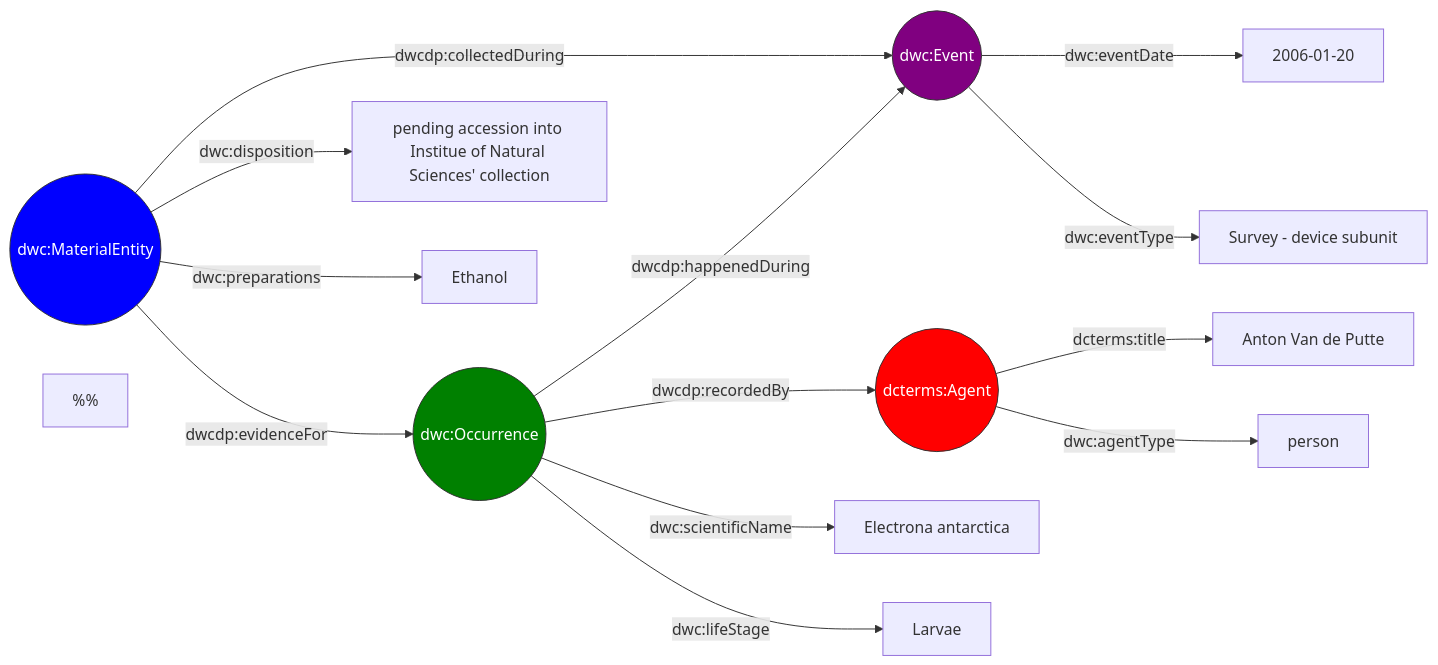
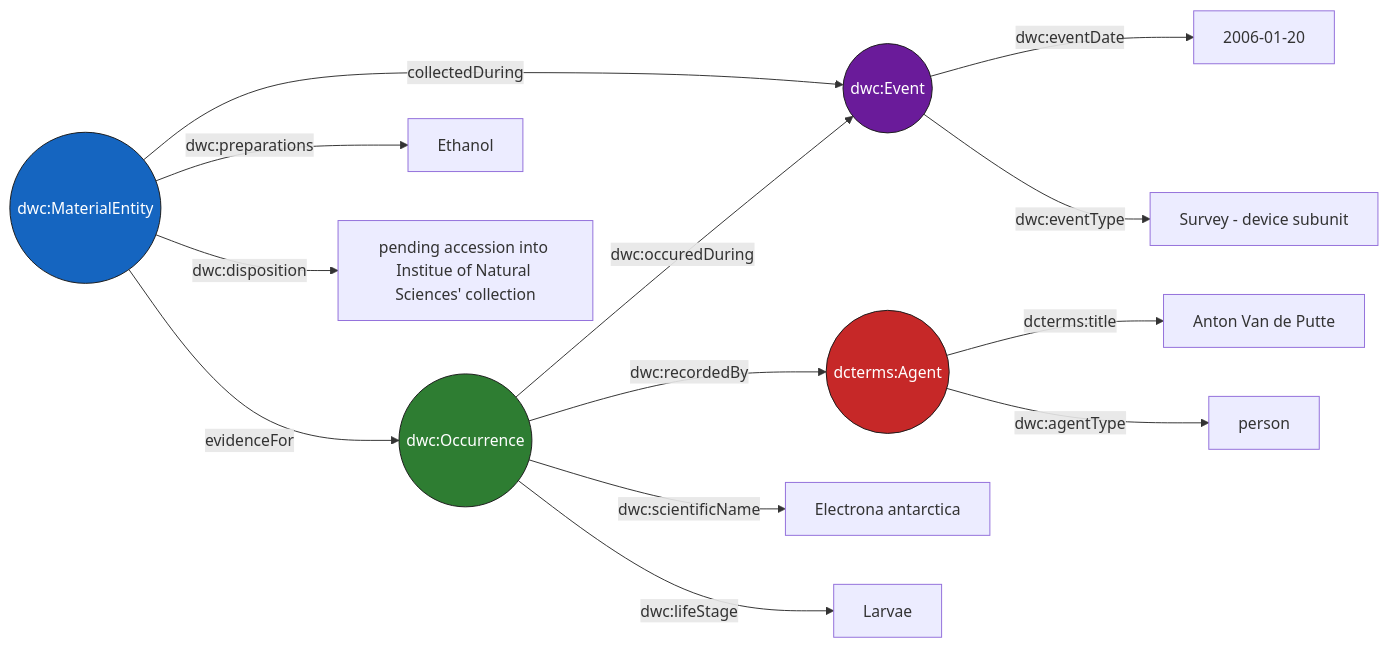
Before and after one commit to QCBS/semantic-data-cloud: the diagram in README.md, drawn with Mermaid.

Commit message:
fix example mermaid graph to be more robust against possible github markdown rendering issues

````diff
--- a/README.md
+++ b/README.md
@@ -59,25 +59,42 @@
 ```mermaid
 graph LR
-    Occ1((dwc:Occurrence)):::Occurrence
-    Evt1((dwc:Event)):::Event
-    Ment1((dwc:MaterialEntity)):::MaterialEntity
-    Agt1((dcterms:Agent)):::Agent
-    %%
-    classDef Occurrence fill:green,stroke:#333,color:white;
-    classDef Event fill:purple,stroke:#333,color:white;
-    classDef MaterialEntity fill:blue,stroke:#333,color:white;
-    classDef Agent fill:red,stroke:#333,color:white;
-    %%
-    Occ1((dwc:Occurrence)) -- dwc:scientificName --> Lit1["Electrona antarctica"]
-    Occ1((dwc:Occurence)) -- dwc:lifeStage --> Lit2["Larvae"]
-    Occ1((dwc:Occurrence)) -- dwcdp:happenedDuring --> Evt1((dwc:Event))
-    Occ1((dwc:Occurrence)) -- dwcdp:recordedBy --> Agt1((dcterms:Agent))
-    Evt1((dwc:Event)) -- dwc:eventDate --> Lit3["2006-01-20"]
-    Evt1((dwc:Event)) -- dwc:eventType --> Lit4["Survey - device subunit"]
-    Ment1((dwc:MaterialEntity)) -- dwcdp:collectedDuring --> Evt1((dwc:Event))
-    Ment1((dwc:MaterialEntity)) -- dwcdp:evidenceFor --> Occ1((dwc:Occurrence))
-    Ment1((dwc:MaterialEntity)) -- dwc:disposition --> Lit6["pending accession into Institue of Natural Sciences' collection"]
-    Ment1((dwc:MaterialEntity)) -- dwc:preparations --> Lit5["Ethanol"]
-    Agt1((dcterms:Agent)) -- dcterms:title --> Lit7["Anton Van de Putte"]
-    Agt1((dcterms:Agent)) -- dwc:agentType --> Lit8["person"]
+    Occ1((dwc:Occurrence))
+    Evt1((dwc:Event))
+    Ment1((dwc:MaterialEntity))
+    Agt1((dcterms:Agent))
+
+    Lit1["Electrona antarctica"]
+    Lit2["Larvae"]
+    Lit3["2006-01-20"]
+    Lit4["Survey - device subunit"]
+    Lit5["Ethanol"]
+    Lit6["pending accession into Institue of Natural Sciences' collection"]
+    Lit7["Anton Van de Putte"]
+    Lit8["person"]
+
+    Occ1 -- dwc:scientificName --> Lit1
+    Occ1 -- dwc:lifeStage --> Lit2
+    Occ1 -- dwc:occuredDuring --> Evt1
+    Occ1 -- dwc:recordedBy --> Agt1
+
+    Evt1 -- dwc:eventDate --> Lit3
+    Evt1 -- dwc:eventType --> Lit4
+
+    Ment1 -- collectedDuring --> Evt1
+    Ment1 -- evidenceFor --> Occ1
+    Ment1 -- dwc:disposition --> Lit6
+    Ment1 -- dwc:preparations --> Lit5
+
+    Agt1 -- dcterms:title --> Lit7
+    Agt1 -- dwc:agentType --> Lit8
+
+    classDef Occurrence fill:#2e7d32,stroke:#1b1b1b,color:#ffffff;
+    classDef Event fill:#6a1b9a,stroke:#1b1b1b,color:#ffffff;
+    classDef MaterialEntity fill:#1565c0,stroke:#1b1b1b,color:#ffffff;
+    classDef Agent fill:#c62828,stroke:#1b1b1b,color:#ffffff;
+
+    class Occ1 Occurrence
+    class Evt1 Event
+    class Ment1 MaterialEntity
+    class Agt1 Agent
 ```
````
